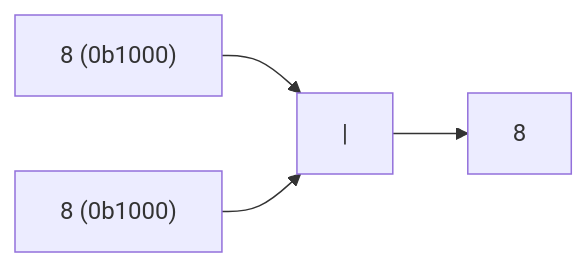
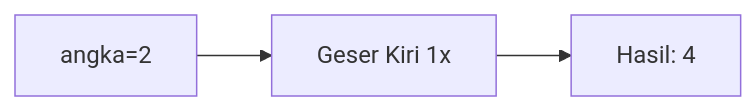
The third of 25 diagrams in part-c-pemahaman-cpp/06-bitwise/latihan/set-01.md (amnahwaida/OSNK_INF_PREP), drawn with Mermaid before and after one commit. The commit also changed other lines of this file and 71 other files, not shown here.

````diff
--- a/part-c-pemahaman-cpp/06-bitwise/latihan/set-01.md
+++ b/part-c-pemahaman-cpp/06-bitwise/latihan/set-01.md
@@ -72,6 +75,5 @@
 ```mermaid
 graph LR
-A["8 (0b1000)"] --> C["|"]
-B["8 (0b1000)"] --> C
-C --> D["8"]
+A["angka=2"] --> B["Geser Kiri 1x"]
+B --> C["Hasil: 4"]
 ```
````
